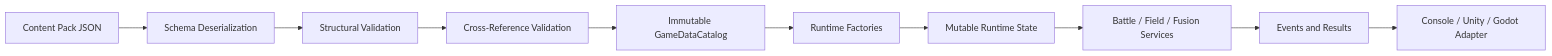
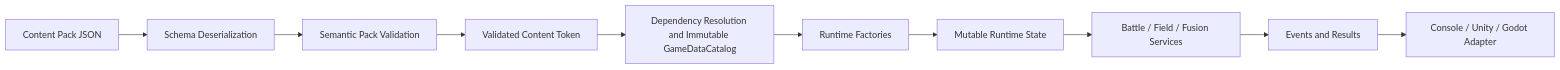
The first of 3 diagrams in JRPG/docs/content-schema-v1-proposal.md (KayelC/Convergence), drawn with Mermaid before and after one commit. The commit also changed other lines of this file and 11 other files, not shown here.

Commit message:
data: add skill system validation

````diff
--- a/JRPG/docs/content-schema-v1-proposal.md
+++ b/JRPG/docs/content-schema-v1-proposal.md
@@ -41,12 +41,12 @@
 ```mermaid
 flowchart LR
     A["Content Pack JSON"] --> B["Schema Deserialization"]
-    B --> C["Structural Validation"]
-    C --> D["Cross-Reference Validation"]
-    D --> E["Immutable GameDataCatalog"]
+    B --> C["Semantic Pack Validation"]
+    C --> D["Validated Content Token"]
+    D --> E["Dependency Resolution and Immutable GameDataCatalog"]
     E --> F["Runtime Factories"]
     F --> G["Mutable Runtime State"]
     G --> H["Battle / Field / Fusion Services"]
     H --> I["Events and Results"]
     I --> J["Console / Unity / Godot Adapter"]
 ```
````
